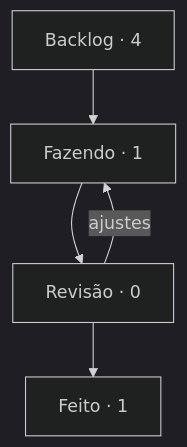
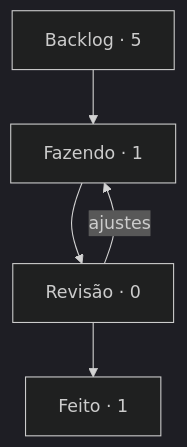
Before and after one commit to StudioVibi/VibiKanban: the diagram in boards/geral/BOARD.md, drawn with Mermaid (dark theme). The commit also changed other lines of this file and 2 other files, not shown here.

````diff
--- a/boards/geral/BOARD.md
+++ b/boards/geral/BOARD.md
@@ -5,10 +5,10 @@
 ```mermaid
 flowchart TD
-  backlog["Backlog · 4"] --> doing["Fazendo · 1"]
+  backlog["Backlog · 5"] --> doing["Fazendo · 1"]
   doing --> review["Revisão · 0"]
   review --> done["Feito · 1"]
   review -->|ajustes| doing
   doing:::blue
   review:::yellow
   done:::green
 ```
````
